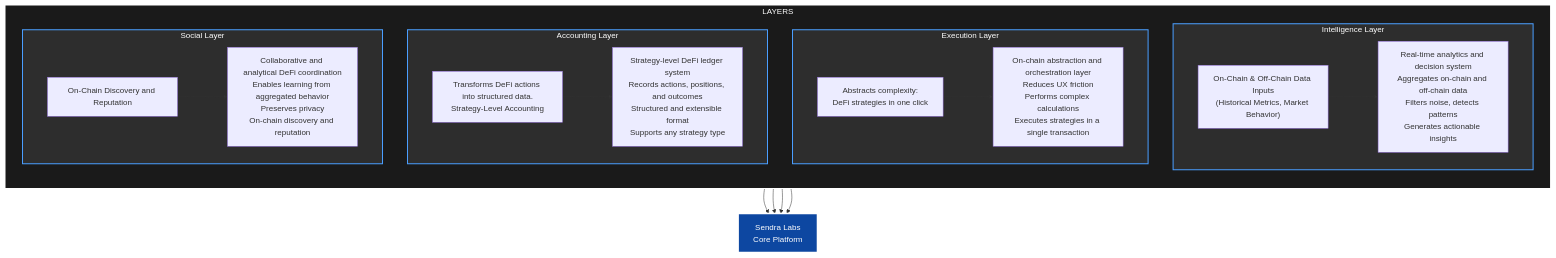
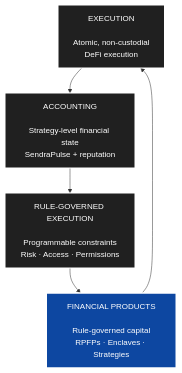
The diagram in profile/README.md (protocol-mvp/.github), drawn with Mermaid before and after one commit. The commit also changed other lines of this file, not shown here.

````diff
--- a/profile/README.md
+++ b/profile/README.md
@@ -12,44 +21,21 @@
 ```mermaid
 graph TB
-    subgraph Layers["LAYERS"]
-        direction TB
-        
-        subgraph Intelligence["Intelligence Layer"]
-            INT_DESC["Real-time analytics and decision system<br/>Aggregates on-chain and off-chain data<br/>Filters noise, detects patterns<br/>Generates actionable insights"]
-            INT_INPUT["On-Chain & Off-Chain Data Inputs<br/>(Historical Metrics, Market Behavior)"]
-            INT_INPUT --> INT_DESC
-        end
-        
-        subgraph Execution["Execution Layer"]
-            EXE_DESC["On-chain abstraction and orchestration layer<br/>Reduces UX friction<br/>Performs complex calculations<br/>Executes strategies in a single transaction"]
-            EXE_FUNC["Abstracts complexity:<br/>DeFi strategies in one click"]
-            EXE_FUNC --> EXE_DESC
-        end
-        
-        subgraph Accounting["Accounting Layer"]
-            ACC_DESC["Strategy-level DeFi ledger system<br/>Records actions, positions, and outcomes<br/>Structured and extensible format<br/>Supports any strategy type"]
-            ACC_FUNC["Transforms DeFi actions into structured data.<br/>Strategy-Level Accounting"]
-            ACC_FUNC --> ACC_DESC
-        end
-        
-        subgraph Social["Social Layer"]
-            SOC_DESC["Collaborative and analytical DeFi coordination<br/>Enables learning from aggregated behavior<br/>Preserves privacy<br/>On-chain discovery and reputation"]
-            SOC_FUNC["On-Chain Discovery and Reputation"]
-            SOC_FUNC --> SOC_DESC
-        end
-    end
 
-    Core["Sendra Labs<br/>Core Platform"]
+    Execution["EXECUTION<br/><br/>Atomic, non-custodial<br/>DeFi execution"]
 
-    Intelligence --> Core
-    Execution --> Core
-    Accounting --> Core
-    Social --> Core
+    Accounting["ACCOUNTING<br/><br/>Strategy-level financial state<br/>SendraPulse + reputation"]
 
-    style Layers fill:#1a1a1a,stroke:#fff,stroke-width:2px,color:#fff
-    style Intelligence fill:#2d2d2d,stroke:#4a9eff,stroke-width:2px,color:#fff
-    style Execution fill:#2d2d2d,stroke:#4a9eff,stroke-width:2px,color:#fff
-    style Accounting fill:#2d2d2d,stroke:#4a9eff,stroke-width:2px,color:#fff
-    style Social fill:#2d2d2d,stroke:#4a9eff,stroke-width:2px,color:#fff
-    style Core fill:#0d47a1,stroke:#fff,stroke-width:3px,color:#fff
+    Rules["RULE-GOVERNED EXECUTION<br/><br/>Programmable constraints<br/>Risk · Access · Permissions"]
+
+    Products["FINANCIAL PRODUCTS<br/><br/>Rule-governed capital<br/>RPFPs · Enclaves · Strategies"]
+
+    Execution --> Accounting
+    Accounting --> Rules
+    Rules --> Products
+    Products --> Execution
+
+    style Execution fill:#202020,stroke:#ffffff,stroke-width:2px,color:#ffffff
+    style Accounting fill:#202020,stroke:#ffffff,stroke-width:2px,color:#ffffff
+    style Rules fill:#202020,stroke:#ffffff,stroke-width:2px,color:#ffffff
+    style Products fill:#0d47a1,stroke:#ffffff,stroke-width:3px,color:#ffffff
 ```
````
